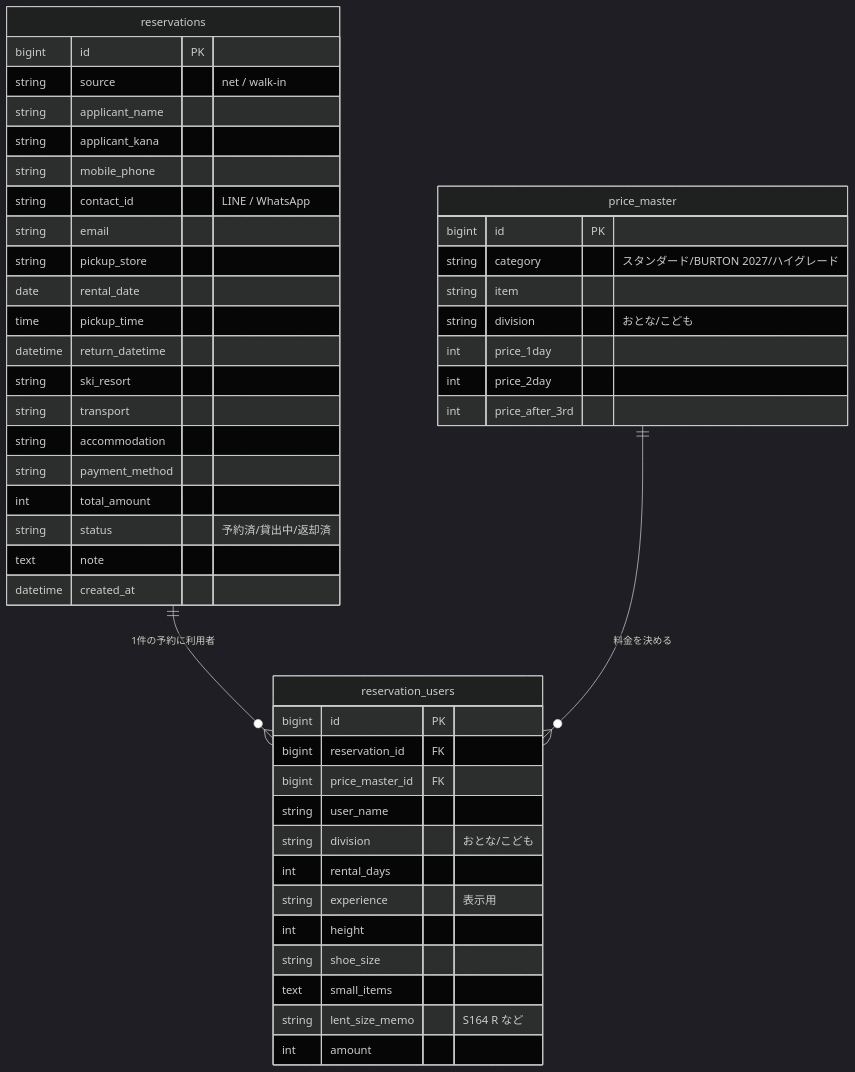
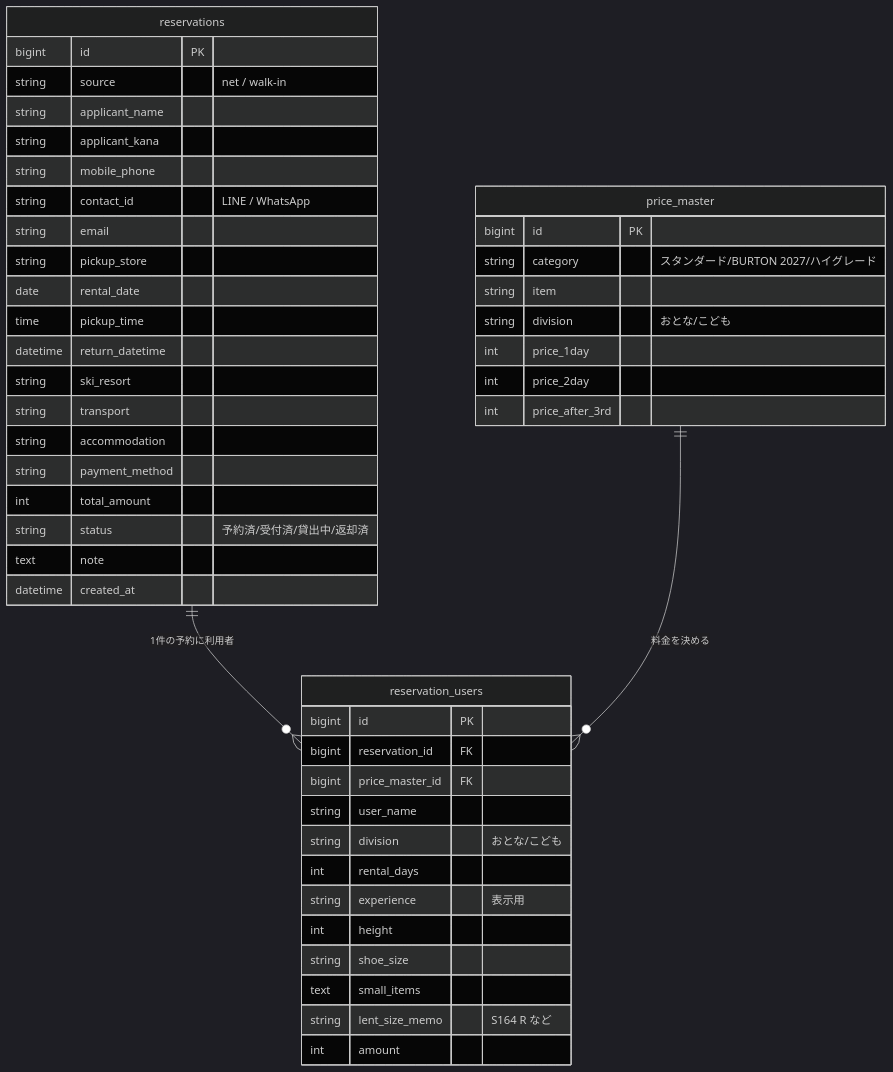
The diagram in docs/02-er-diagram.md (nasu-tomomi/rental-desk), drawn with Mermaid (dark theme) before and after one commit. The commit also changed other lines of this file and 2 other files, not shown here.

````diff
--- a/docs/02-er-diagram.md
+++ b/docs/02-er-diagram.md
@@ -64,50 +64,50 @@
 ```mermaid
 erDiagram
     reservations ||--o{ reservation_users : "1件の予約に利用者"
     price_master ||--o{ reservation_users : "料金を決める"
 
     reservations {
         bigint id PK
         string source "net / walk-in"
         string applicant_name
         string applicant_kana
         string mobile_phone
         string contact_id "LINE / WhatsApp"
         string email
         string pickup_store
         date rental_date
         time pickup_time
         datetime return_datetime
         string ski_resort
         string transport
         string accommodation
         string payment_method
         int total_amount
-        string status "予約済/貸出中/返却済"
+        string status "予約済/受付済/貸出中/返却済"
         text note
         datetime created_at
     }
     reservation_users {
         bigint id PK
         bigint reservation_id FK
         bigint price_master_id FK
         string user_name
         string division "おとな/こども"
         int rental_days
         string experience "表示用"
         int height
         string shoe_size
         text small_items
         string lent_size_memo "S164 R など"
         int amount
     }
     price_master {
         bigint id PK
         string category "スタンダード/BURTON 2027/ハイグレード"
         string item
         string division "おとな/こども"
         int price_1day
         int price_2day
         int price_after_3rd
     }
 ```
````
